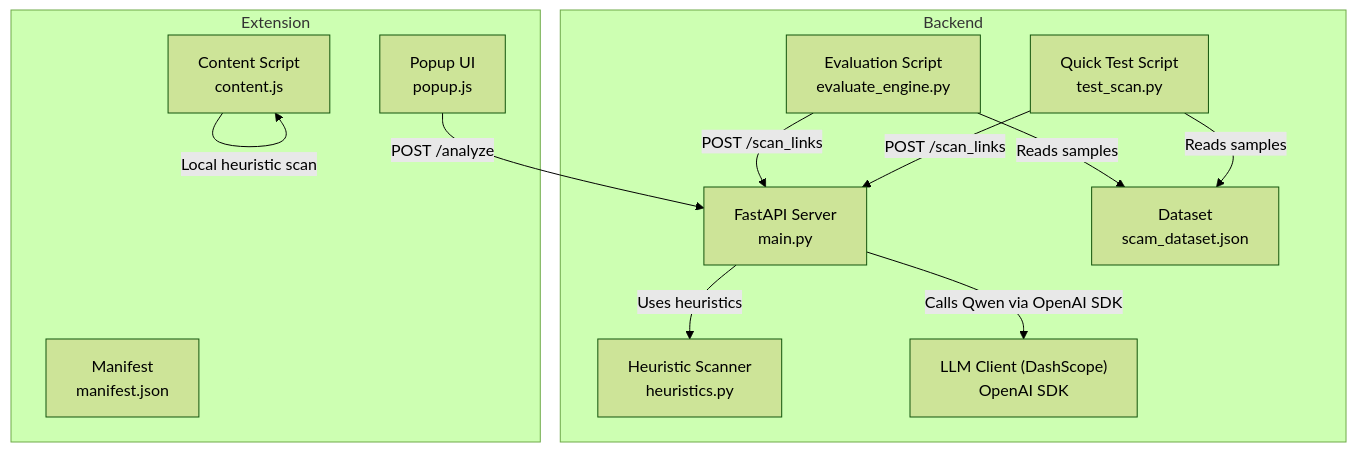
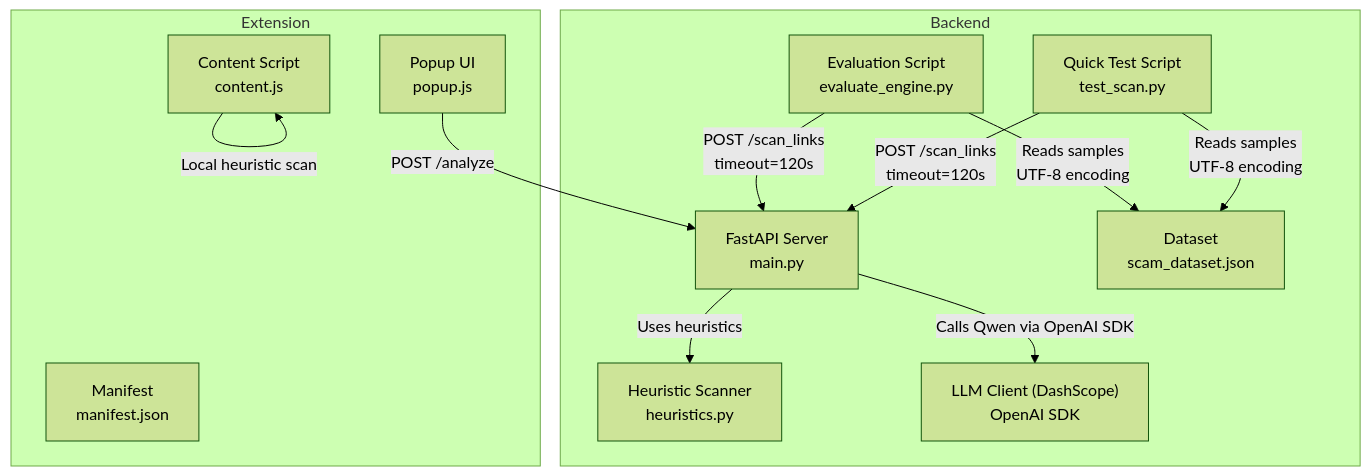
Before and after one commit to Aymanaahh/scrollguard-ai: the first of 6 diagrams in .qoder/repowiki/en/content/Evaluation and Testing Framework.md, drawn with Mermaid (forest theme). The commit also changed other lines of this file and 18 other files, not shown here.

````diff
--- a/.qoder/repowiki/en/content/Evaluation and Testing Framework.md
+++ b/.qoder/repowiki/en/content/Evaluation and Testing Framework.md
@@ -42,24 +42,24 @@
 ```mermaid
 graph TB
 subgraph "Backend"
 A["FastAPI Server<br/>main.py"]
 B["Evaluation Script<br/>evaluate_engine.py"]
 C["Quick Test Script<br/>test_scan.py"]
 D["Dataset<br/>scam_dataset.json"]
 E["Heuristic Scanner<br/>heuristics.py"]
 F["LLM Client (DashScope)<br/>OpenAI SDK"]
 end
 subgraph "Extension"
 G["Content Script<br/>content.js"]
 H["Popup UI<br/>popup.js"]
 I["Manifest<br/>manifest.json"]
 end
-B --> |"POST /scan_links"| A
-C --> |"POST /scan_links"| A
+B --> |"POST /scan_links<br/>timeout=120s"| A
+C --> |"POST /scan_links<br/>timeout=120s"| A
 A --> |"Calls Qwen via OpenAI SDK"| F
 A --> |"Uses heuristics"| E
 G --> |"Local heuristic scan"| G
 H --> |"POST /analyze"| A
-B --> |"Reads samples"| D
-C --> |"Reads samples"| D
+B --> |"Reads samples<br/>UTF-8 encoding"| D
+C --> |"Reads samples<br/>UTF-8 encoding"| D
 ```
````
